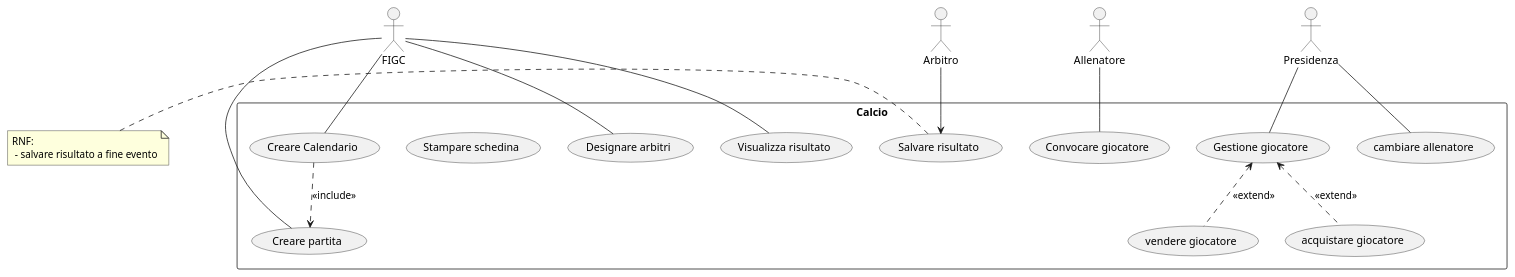
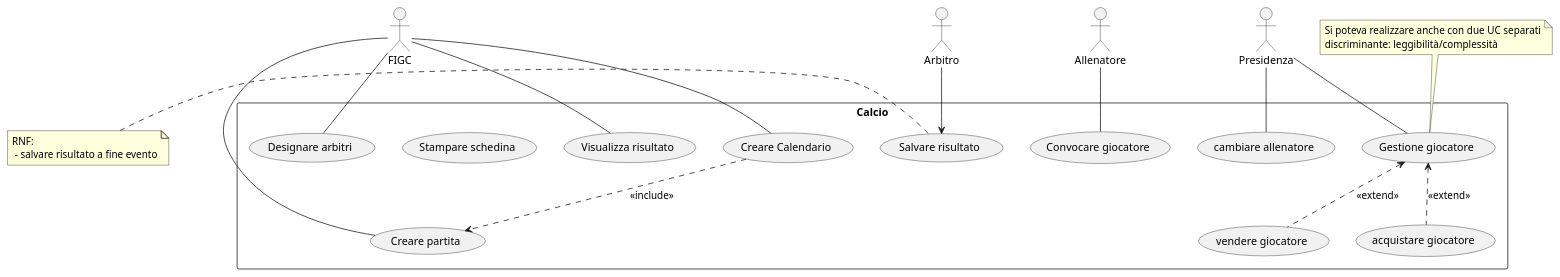
Before and after one commit to itsNikk/2526-4AI: the diagram in src/src/UMLExercises/UCDs/Calcio.puml, drawn with PlantUML. The commit also changed 1 other file, not shown here.

```diff
--- a/src/src/UMLExercises/UCDs/Calcio.puml
+++ b/src/src/UMLExercises/UCDs/Calcio.puml
@@ -1,47 +1,52 @@
 @startuml
 
 ''nomi - singolari
 '' CTRL+D = duplica riga
 '' CTRL+SHIFT+arrows
 :Arbitro: as arb
 :Allenatore: as all
 :FIGC: as f
 :Presidenza: as pres
 
 '' Confini del sistema
 rectangle Calcio {
     usecase cal as "Creare Calendario"
     usecase save as "Salvare risultato"
     usecase part as "Creare partita"
     usecase desArb as "Designare arbitri"
     usecase showRes as "Visualizza risultato"
     usecase conv as "Convocare giocatore"
     usecase gGio as "Gestione giocatore"
     usecase aGIo as "acquistare giocatore"
     usecase vGio as "vendere giocatore"
     usecase printSched as "Stampare schedina"
     usecase changeAll as (cambiare allenatore)
 
 }
 
 f -- cal
 f -- part
 f -- desArb
 
 all -- conv
 
 arb --> save
 pres -- changeAll
 f -- showRes
 
 pres -- gGio
 gGio <.. aGIo : <<extend>>
 gGio <.. vGio : <<extend>>
 cal ..> part : <<include>>
 
 note left of save
    RNF:
     - salvare risultato a fine evento
 end note
 
+note top of gGio
+    Si poteva realizzare anche con due UC separati
+    discriminante: leggibilità/complessità
+end note
+
 @enduml
```
